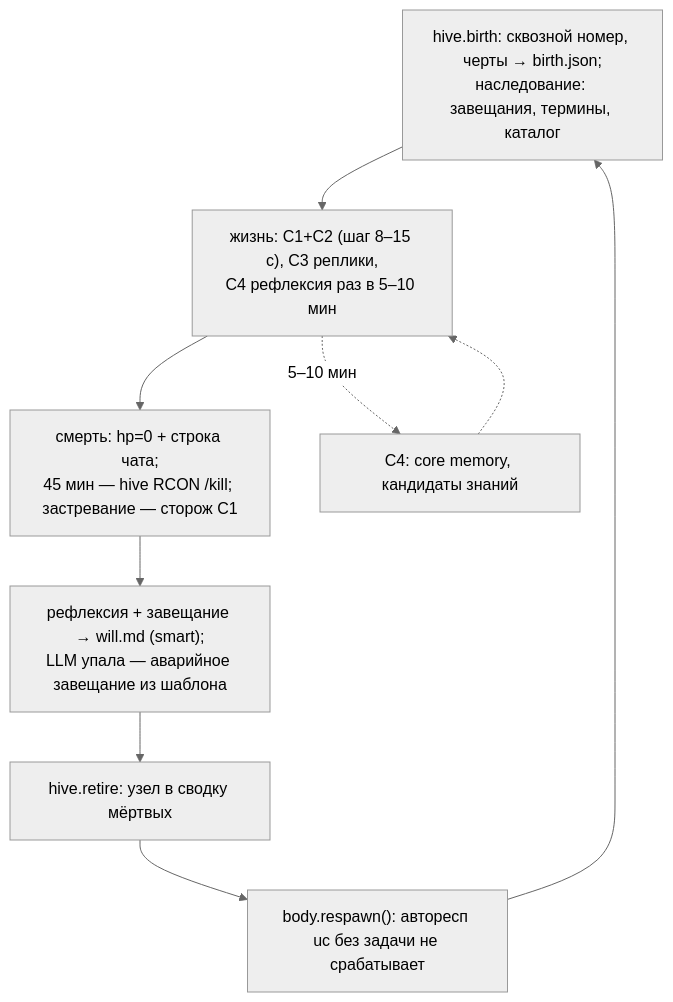
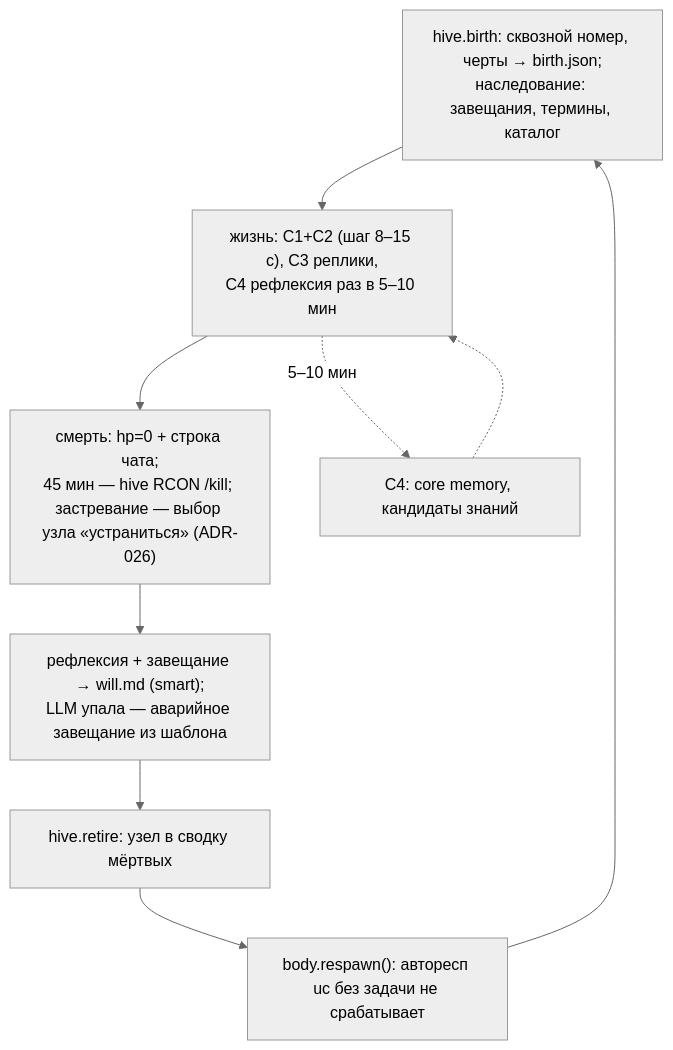
Before and after one commit to ZeusThunderer/lastorder: the second of 2 diagrams in docs/architecture/NETWORK.md, drawn with Mermaid (neutral theme). The commit also changed other lines of this file and 2 other files, not shown here.

````diff
--- a/docs/architecture/NETWORK.md
+++ b/docs/architecture/NETWORK.md
@@ -202,11 +206,11 @@
 ```mermaid
 flowchart TB
     B["hive.birth: сквозной номер, черты → birth.json;<br/>наследование: завещания, термины, каталог"]
     L["жизнь: C1+C2 (шаг 8–15 с), C3 реплики,<br/>C4 рефлексия раз в 5–10 мин"]
-    D["смерть: hp=0 + строка чата;<br/>45 мин — hive RCON /kill; застревание — сторож C1"]
+    D["смерть: hp=0 + строка чата;<br/>45 мин — hive RCON /kill; застревание — выбор узла «устраниться» (ADR-026)"]
     W["рефлексия + завещание → will.md (smart);<br/>LLM упала — аварийное завещание из шаблона"]
     R["hive.retire: узел в сводку мёртвых"]
     P["body.respawn(): авторесп uc без задачи не срабатывает"]
     B --> L --> D --> W --> R --> P --> B
     L -.->|"5–10 мин"| F["C4: core memory, кандидаты знаний"] -.-> L
 ```
````
